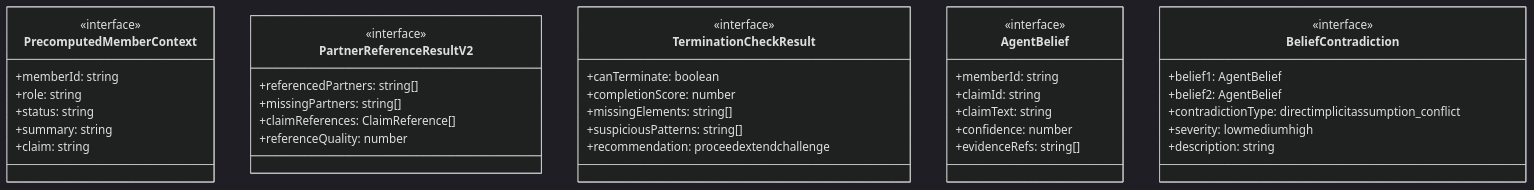
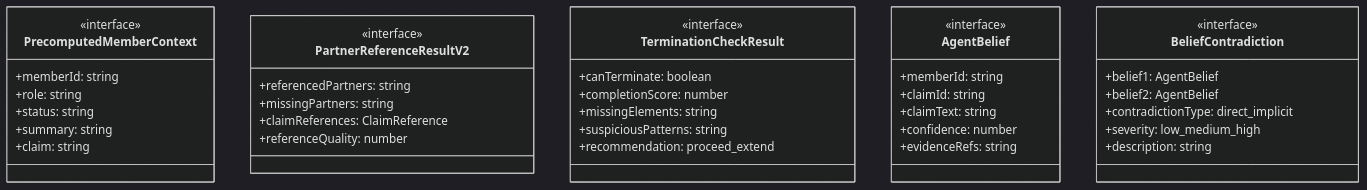
The first of 4 diagrams in ABDD/.pi/extensions/agent-teams/communication.md (Mekann2904/mekann), drawn with Mermaid (dark theme) before and after one commit. The commit also changed other lines of this file and 174 other files, not shown here.

First line of the commit message:
fix(docs): ABDDのMermaid図生成エラーを修正する

````diff
--- a/ABDD/.pi/extensions/agent-teams/communication.md
+++ b/ABDD/.pi/extensions/agent-teams/communication.md
@@ -56,42 +56,42 @@
 ```mermaid
 classDiagram
   class PrecomputedMemberContext {
     <<interface>>
     +memberId: string
     +role: string
     +status: string
     +summary: string
     +claim: string
   }
   class PartnerReferenceResultV2 {
     <<interface>>
-    +referencedPartners: string[]
-    +missingPartners: string[]
-    +claimReferences: ClaimReference[]
+    +referencedPartners: string
+    +missingPartners: string
+    +claimReferences: ClaimReference
     +referenceQuality: number
   }
   class TerminationCheckResult {
     <<interface>>
     +canTerminate: boolean
     +completionScore: number
-    +missingElements: string[]
-    +suspiciousPatterns: string[]
-    +recommendation: proceedextendchallenge
+    +missingElements: string
+    +suspiciousPatterns: string
+    +recommendation: proceed_extend
   }
   class AgentBelief {
     <<interface>>
     +memberId: string
     +claimId: string
     +claimText: string
     +confidence: number
-    +evidenceRefs: string[]
+    +evidenceRefs: string
   }
   class BeliefContradiction {
     <<interface>>
     +belief1: AgentBelief
     +belief2: AgentBelief
-    +contradictionType: directimplicitassumption_conflict
-    +severity: lowmediumhigh
+    +contradictionType: direct_implicit
+    +severity: low_medium_high
     +description: string
   }
 ```
````
